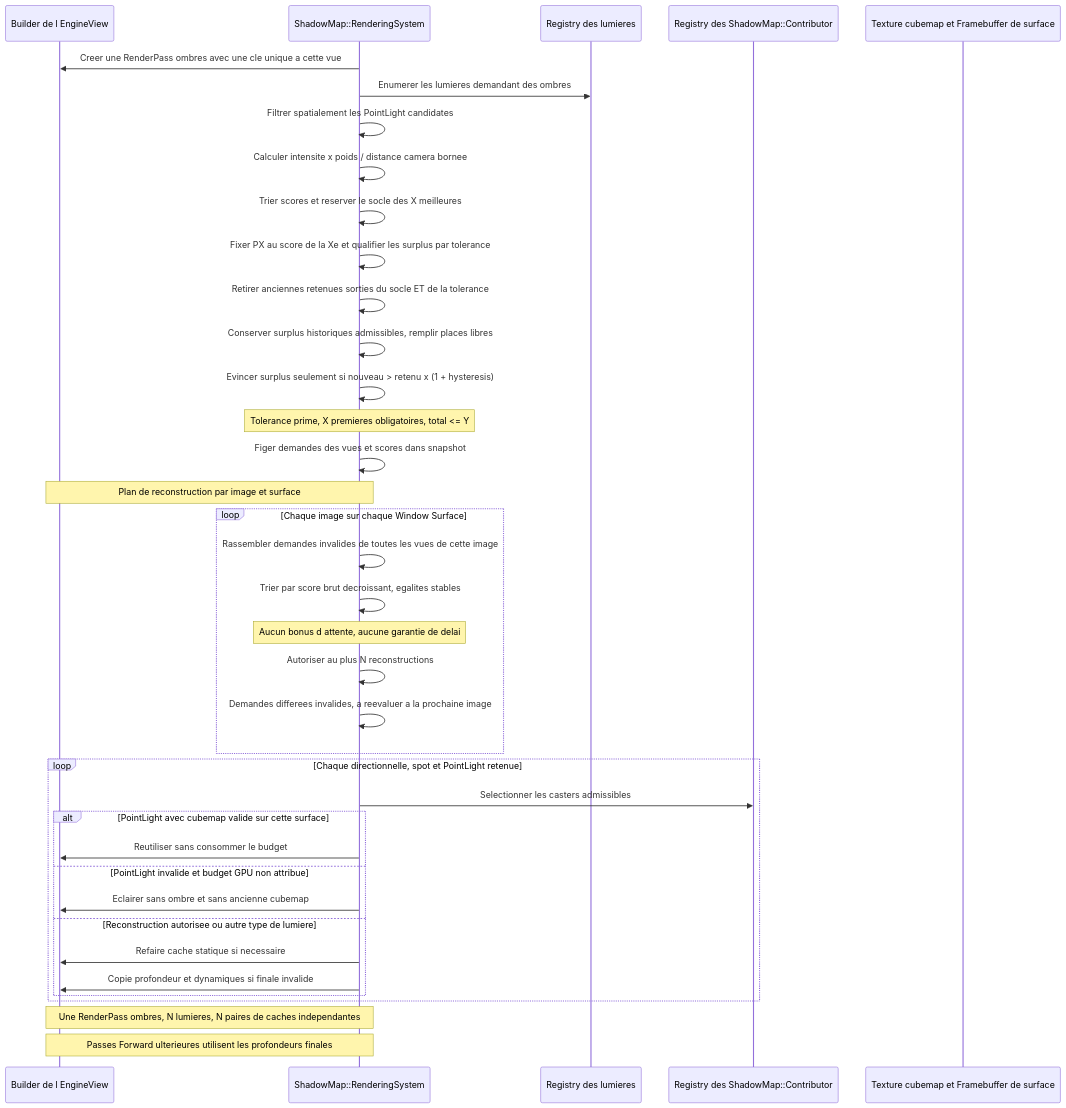
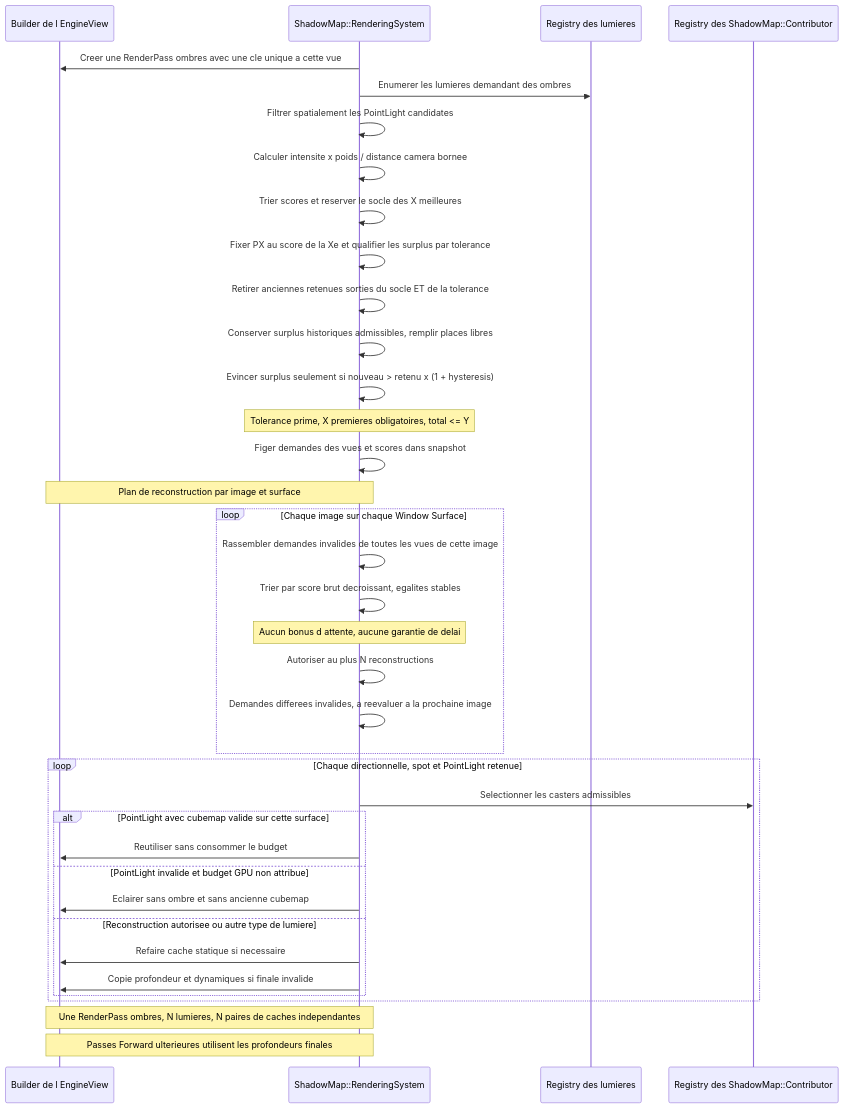
One commit to EreliaStudio/Sparkle changed diagram 11 of 20 in docs/voxel-engine-v0.1.4-specification.md. Above: the diagram before and after it, drawn with Mermaid. The commit also changed other lines of this file, not shown here.

````diff
--- a/docs/voxel-engine-v0.1.4-specification.md
+++ b/docs/voxel-engine-v0.1.4-specification.md
@@ -993,40 +994,39 @@
 ```mermaid
 sequenceDiagram
     participant V as Builder de l EngineView
     participant S as ShadowMap::RenderingSystem
     participant L as Registry des lumieres
     participant C as Registry des ShadowMap::Contributor
-    participant TEX as Texture cubemap et Framebuffer de surface
     S->>V: Creer une RenderPass ombres avec une cle unique a cette vue
     S->>L: Enumerer les lumieres demandant des ombres
     S->>S: Filtrer spatialement les PointLight candidates
     S->>S: Calculer intensite x poids / distance camera bornee
     S->>S: Trier scores et reserver le socle des X meilleures
     S->>S: Fixer PX au score de la Xe et qualifier les surplus par tolerance
     S->>S: Retirer anciennes retenues sorties du socle ET de la tolerance
     S->>S: Conserver surplus historiques admissibles, remplir places libres
     S->>S: Evincer surplus seulement si nouveau > retenu x (1 + hysteresis)
     Note over S: Tolerance prime, X premieres obligatoires, total <= Y
     S->>S: Figer demandes des vues et scores dans snapshot
     Note over S,V: Plan de reconstruction par image et surface
     loop Chaque image sur chaque Window Surface
         S->>S: Rassembler demandes invalides de toutes les vues de cette image
         S->>S: Trier par score brut decroissant, egalites stables
         Note over S: Aucun bonus d attente, aucune garantie de delai
         S->>S: Autoriser au plus N reconstructions
         S->>S: Demandes differees invalides, a reevaluer a la prochaine image
     end
     loop Chaque directionnelle, spot et PointLight retenue
         S->>C: Selectionner les casters admissibles
         alt PointLight avec cubemap valide sur cette surface
             S->>V: Reutiliser sans consommer le budget
         else PointLight invalide et budget GPU non attribue
             S->>V: Eclairer sans ombre et sans ancienne cubemap
         else Reconstruction autorisee ou autre type de lumiere
             S->>V: Refaire cache statique si necessaire
             S->>V: Copie profondeur et dynamiques si finale invalide
         end
     end
     Note over V,S: Une RenderPass ombres, N lumieres, N paires de caches independantes
     Note over V,S: Passes Forward ulterieures utilisent les profondeurs finales
 ```
````
